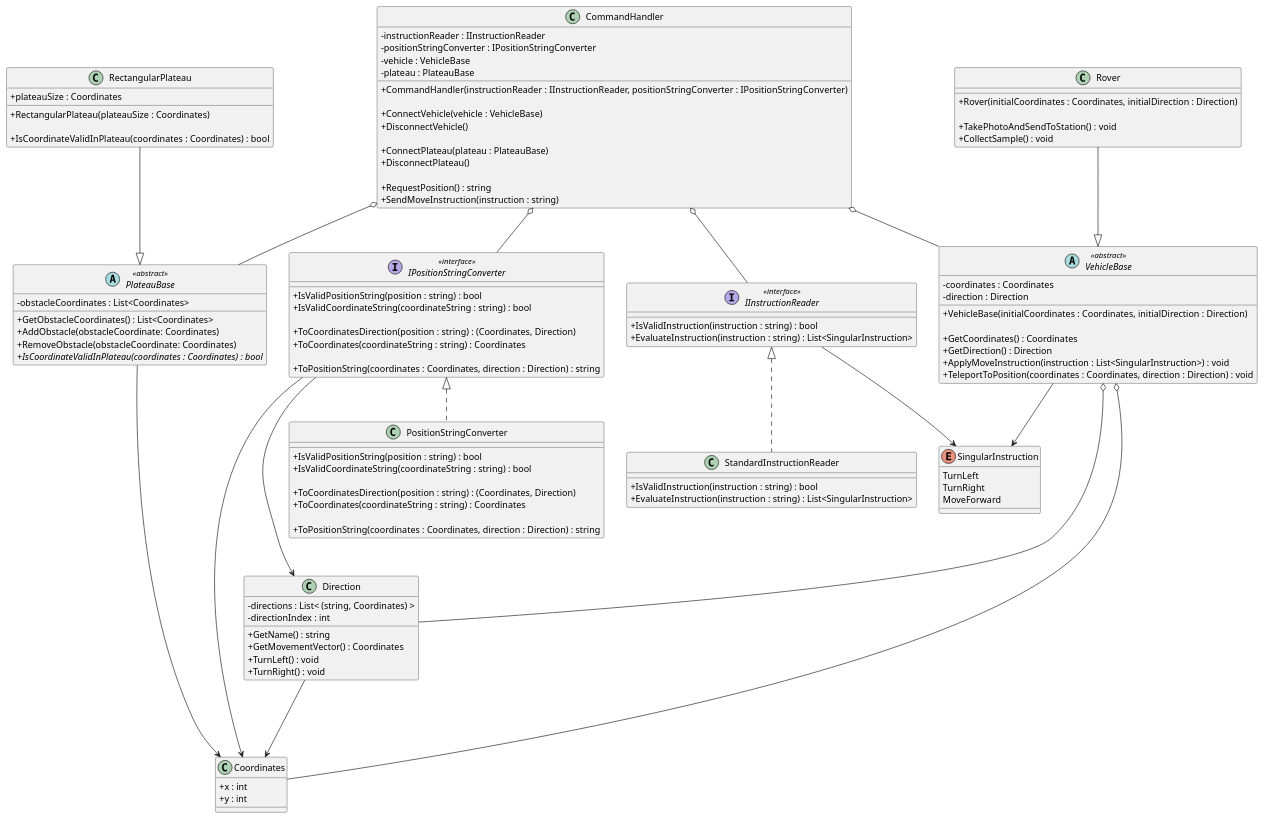
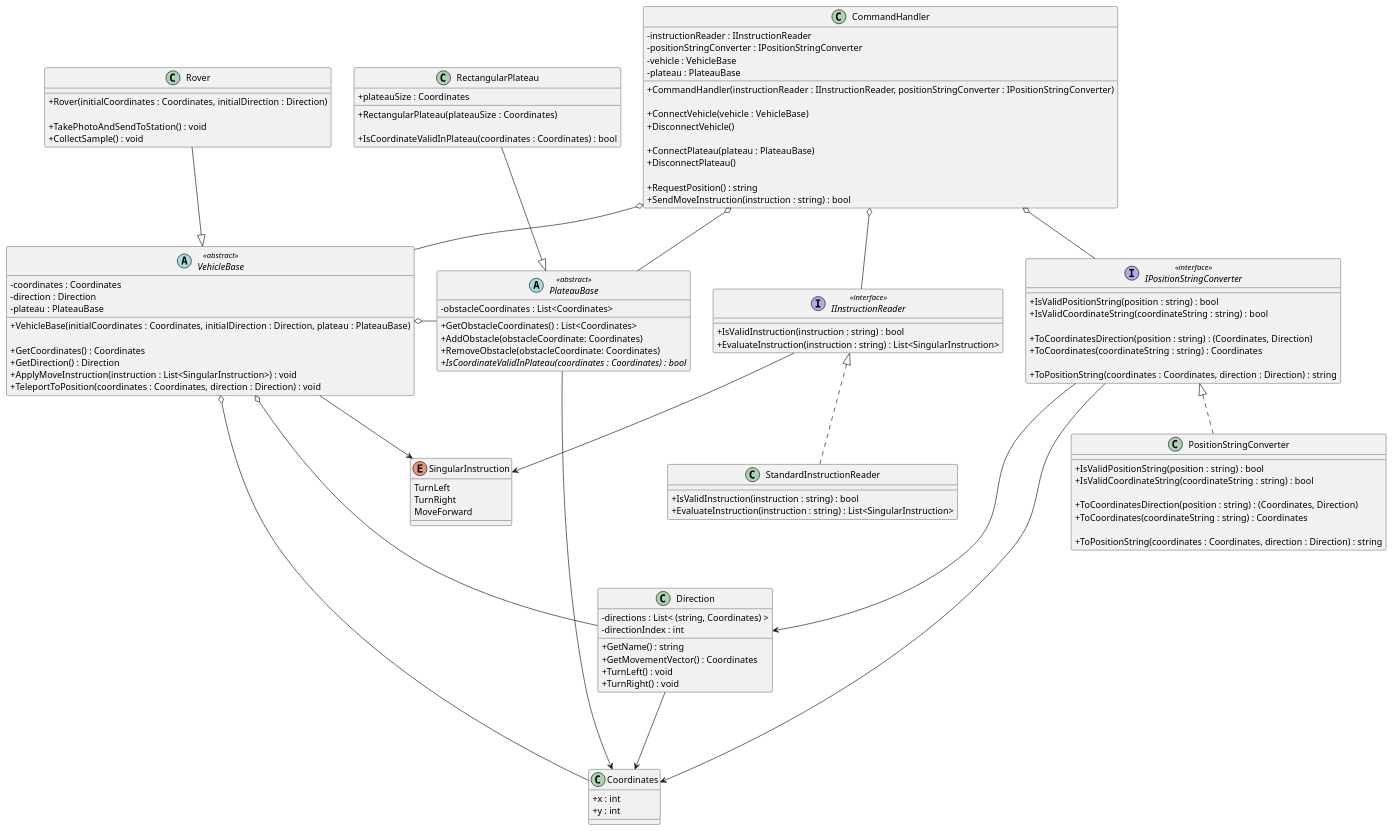
Before and after one commit to iamfranco/MarsRoverChallenge: the diagram in puml/MarsRoverChallenge.puml, drawn with PlantUML. The commit also changed 1 other file, not shown here.

Commit message:
add plateau field to VehicleBase class

```diff
--- a/puml/MarsRoverChallenge.puml
+++ b/puml/MarsRoverChallenge.puml
@@ -1,143 +1,145 @@
 @startuml "Mars Rover Challenge"
 skinparam classAttributeIconSize 0
 
 interface IInstructionReader <<interface>>
 {
   + IsValidInstruction(instruction : string) : bool
   + EvaluateInstruction(instruction : string) : List<SingularInstruction>
 }
 
 enum SingularInstruction
 {
   TurnLeft
   TurnRight
   MoveForward
 }
 
 class StandardInstructionReader
 {
   + IsValidInstruction(instruction : string) : bool
   + EvaluateInstruction(instruction : string) : List<SingularInstruction>
 }
 
 abstract PlateauBase <<abstract>>
 {
   - obstacleCoordinates : List<Coordinates>
 
   + GetObstacleCoordinates() : List<Coordinates>
   + AddObstacle(obstacleCoordinate: Coordinates)
   + RemoveObstacle(obstacleCoordinate: Coordinates)
   {abstract} + IsCoordinateValidInPlateau(coordinates : Coordinates) : bool
 }
 
 class RectangularPlateau
 {
   + plateauSize : Coordinates
 
   + RectangularPlateau(plateauSize : Coordinates)
 
   + IsCoordinateValidInPlateau(coordinates : Coordinates) : bool
 }
 
 class Coordinates
 {
   + x : int
   + y : int
 }
 
 class Direction
 {
   - directions : List< &#40;string, Coordinates&#41; >
   - directionIndex : int
 
   + GetName() : string
   + GetMovementVector() : Coordinates
   + TurnLeft() : void
   + TurnRight() : void
 }
 
 interface IPositionStringConverter <<interface>>
 {
   + IsValidPositionString(position : string) : bool
   + IsValidCoordinateString(coordinateString : string) : bool
 
   + ToCoordinatesDirection(position : string) : (Coordinates, Direction)
   + ToCoordinates(coordinateString : string) : Coordinates
 
   + ToPositionString(coordinates : Coordinates, direction : Direction) : string
 }
 
 class PositionStringConverter
 {
   + IsValidPositionString(position : string) : bool
   + IsValidCoordinateString(coordinateString : string) : bool
 
   + ToCoordinatesDirection(position : string) : (Coordinates, Direction)
   + ToCoordinates(coordinateString : string) : Coordinates
 
   + ToPositionString(coordinates : Coordinates, direction : Direction) : string
 }
 
 abstract VehicleBase <<abstract>>
 {
   - coordinates : Coordinates
   - direction : Direction
+  - plateau : PlateauBase
 
-  + VehicleBase(initialCoordinates : Coordinates, initialDirection : Direction)
+  + VehicleBase(initialCoordinates : Coordinates, initialDirection : Direction, plateau : PlateauBase)
 
   + GetCoordinates() : Coordinates
   + GetDirection() : Direction
   + ApplyMoveInstruction(instruction : List<SingularInstruction>) : void
   + TeleportToPosition(coordinates : Coordinates, direction : Direction) : void
 }
 
 class Rover
 {
   + Rover(initialCoordinates : Coordinates, initialDirection : Direction)
 
   + TakePhotoAndSendToStation() : void
   + CollectSample() : void
 }
 
 class CommandHandler
 {
   - instructionReader : IInstructionReader
   - positionStringConverter : IPositionStringConverter
   - vehicle : VehicleBase
   - plateau : PlateauBase
 
   + CommandHandler(instructionReader : IInstructionReader, positionStringConverter : IPositionStringConverter)
   
   + ConnectVehicle(vehicle : VehicleBase)
   + DisconnectVehicle()
 
   + ConnectPlateau(plateau : PlateauBase)
   + DisconnectPlateau()
 
   + RequestPosition() : string
-  + SendMoveInstruction(instruction : string)
+  + SendMoveInstruction(instruction : string) : bool
 }
 
 CommandHandler o-- IInstructionReader
 CommandHandler o-- IPositionStringConverter
 CommandHandler o-- VehicleBase
 CommandHandler o-- PlateauBase
 
 IInstructionReader --> SingularInstruction
 IInstructionReader <|.. StandardInstructionReader 
 
 VehicleBase <|-u- Rover
 VehicleBase --> SingularInstruction
 VehicleBase o--- Direction
 VehicleBase o---- Coordinates
+VehicleBase o- PlateauBase
 
 IPositionStringConverter <|.. PositionStringConverter
 IPositionStringConverter ---> Direction
 IPositionStringConverter ----> Coordinates
 
 PlateauBase <|-u- RectangularPlateau
 PlateauBase -----> Coordinates
 
 Direction --> Coordinates 
 
 @enduml
```
